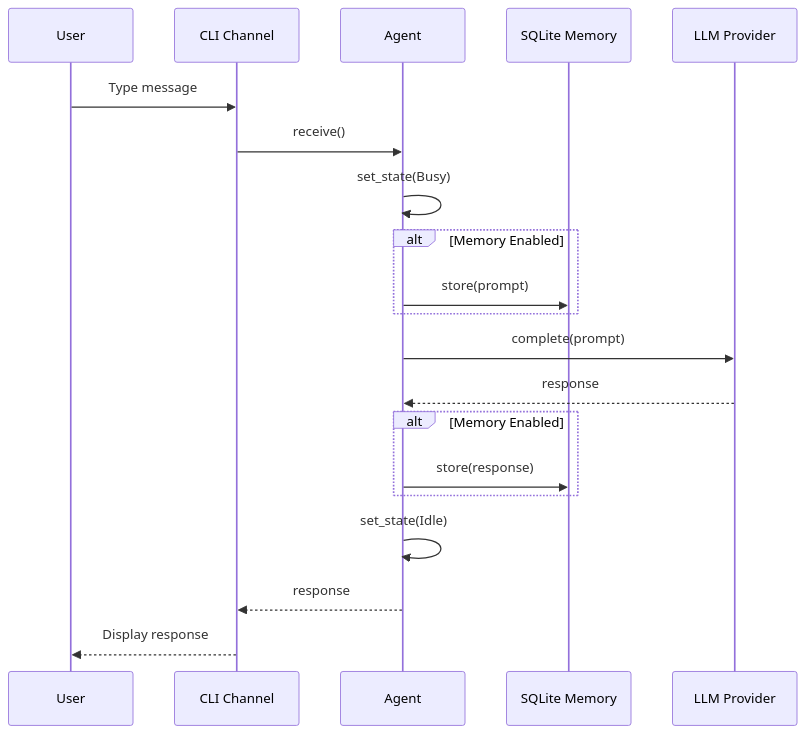
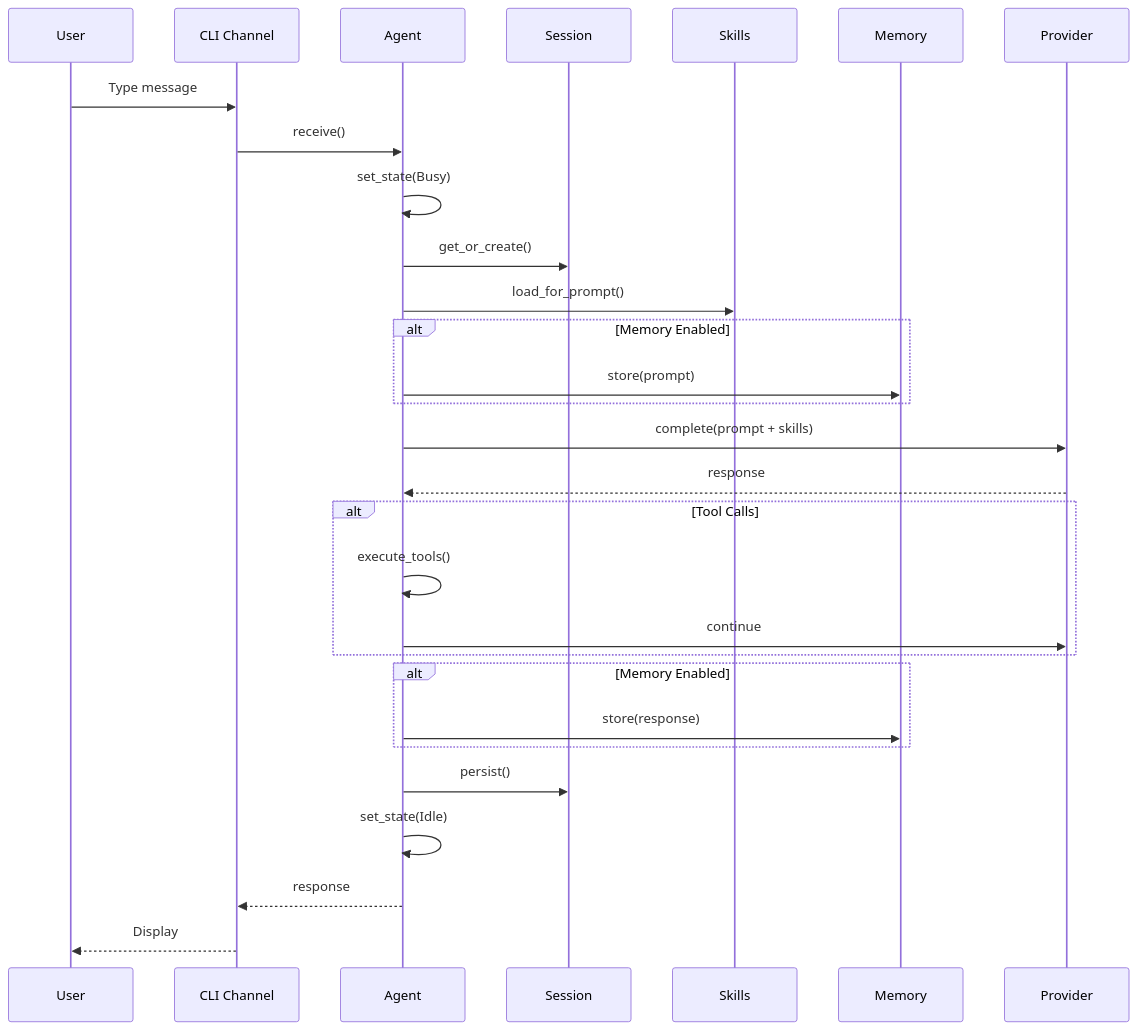
Before and after one commit to ConekoAI/peko-runtime: the seventh of 9 diagrams in docs/dev/ARCHITECTURE.md, drawn with Mermaid. The commit also changed other lines of this file and 1 other file, not shown here.

First line of the commit message:
docs: Update documentation to reflect current architecture

````diff
--- a/docs/dev/ARCHITECTURE.md
+++ b/docs/dev/ARCHITECTURE.md
@@ -81,27 +226,38 @@
 ```mermaid
 sequenceDiagram
     participant User
     participant CLI as CLI Channel
     participant Agent
-    participant Memory as SQLite Memory
-    participant Provider as LLM Provider
+    participant Session
+    participant Skills
+    participant Memory
+    participant Provider
 
     User->>CLI: Type message
     CLI->>Agent: receive()
     Agent->>Agent: set_state(Busy)
     
+    Agent->>Session: get_or_create()
+    Agent->>Skills: load_for_prompt()
+    
     alt Memory Enabled
         Agent->>Memory: store(prompt)
     end
     
-    Agent->>Provider: complete(prompt)
+    Agent->>Provider: complete(prompt + skills)
     Provider-->>Agent: response
+    
+    alt Tool Calls
+        Agent->>Agent: execute_tools()
+        Agent->>Provider: continue
+    end
     
     alt Memory Enabled
         Agent->>Memory: store(response)
     end
     
+    Agent->>Session: persist()
     Agent->>Agent: set_state(Idle)
     Agent-->>CLI: response
-    CLI-->>User: Display response
+    CLI-->>User: Display
 ```
````
